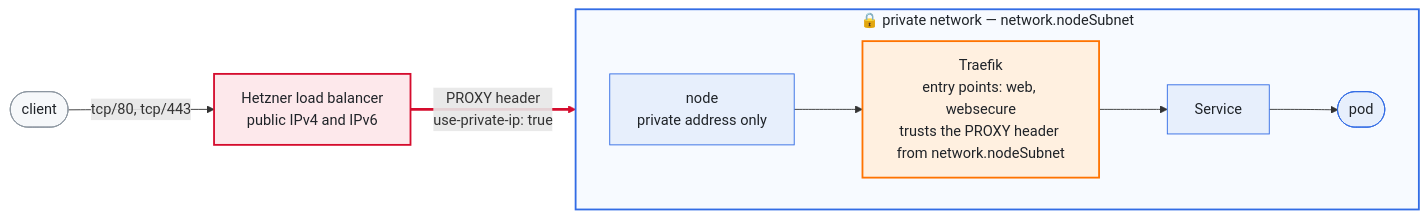
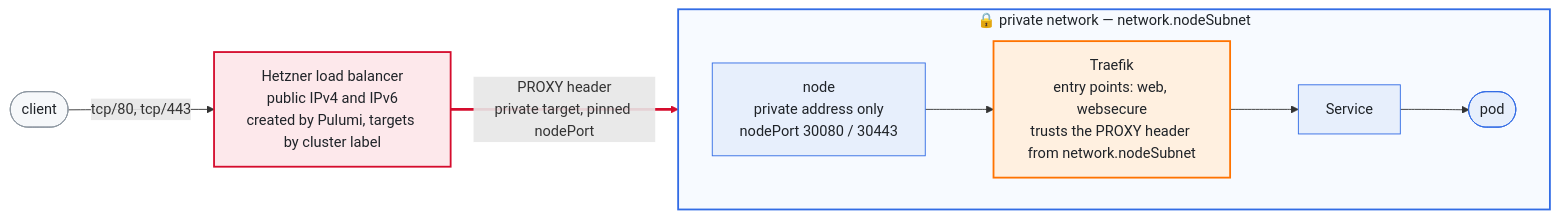
The third of 3 diagrams in docs/design.md (oleg-tkachuk/hetzner-iac), drawn with Mermaid before and after one commit. The commit also changed other lines of this file and 2 other files, not shown here.

````diff
--- a/docs/design.md
+++ b/docs/design.md
@@ -230,37 +239,37 @@
 ```mermaid
 flowchart LR
     %% Same palette as the diagram above, and the same reason for spelling the
     %% colours out rather than inheriting the theme's.
     classDef outside fill:#f6f8fa,stroke:#8c959f,stroke-width:1px,color:#1f2328
     classDef edge fill:#fde8eb,stroke:#d50c2d,stroke-width:2px,color:#1f2328
     classDef inside fill:#e7effc,stroke:#326ce5,stroke-width:1px,color:#1f2328
     classDef gate fill:#fff0e0,stroke:#ff7300,stroke-width:2px,color:#1f2328
 
     client(["client"])
-    lb["Hetzner load balancer<br/>public IPv4 and IPv6"]
+    lb["Hetzner load balancer<br/>public IPv4 and IPv6<br/>created by Pulumi, targets by cluster label"]
 
     subgraph private["🔒 private network — network.nodeSubnet"]
         direction LR
-        node["node<br/>private address only"]
+        node["node<br/>private address only<br/>nodePort 30080 / 30443"]
         traefik["Traefik<br/>entry points: web, websecure<br/>trusts the PROXY header from network.nodeSubnet"]
         svc["Service"]
         pod(["pod"])
     end
 
     client -->|"tcp/80, tcp/443"| lb
-    lb ==>|"PROXY header<br/>use-private-ip: true"| node
+    lb ==>|"PROXY header<br/>private target, pinned nodePort"| node
     node --> traefik
     traefik --> svc
     svc --> pod
 
     class client outside
     class lb edge
     class traefik gate
     class node,svc,pod inside
 
     style private fill:#f7faff,stroke:#326ce5,stroke-width:2px,color:#1f2328
 
     %% The one edge worth pointing at: it is the hop that carries the PROXY
     %% header. Indexed by edge order, so adding an edge above this one moves it.
     linkStyle 1 stroke:#d50c2d,stroke-width:3px
 ```
````
